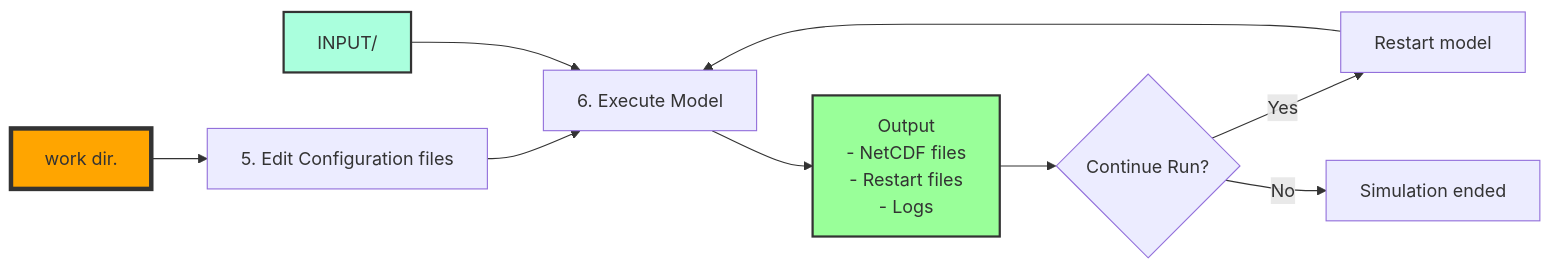
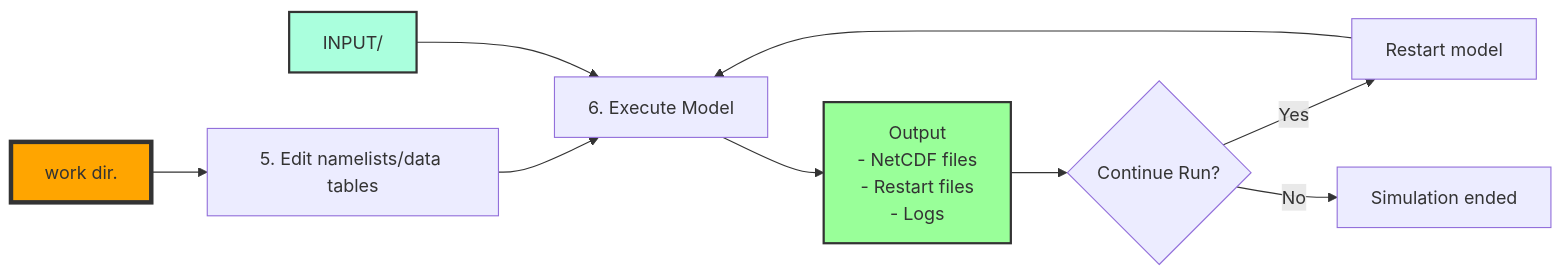
Before and after one commit to dksasaki/MOM6_COBALT_NEUS25: the second of 2 diagrams in README2.md, drawn with Mermaid.

Commit message:
minor changes

````diff
--- a/README2.md
+++ b/README2.md
@@ -39,20 +39,20 @@
 ```mermaid
 flowchart LR
     D0[work dir.] --> A
-    A[5. Edit Configuration files] --> D
+    A[5. Edit namelists/data tables] --> D
     
     B[INPUT/]
     
 
     B --> D[6. Execute Model]
     D --> E[Output<br/>- NetCDF files<br/>- Restart files<br/>- Logs]
     
     E --> F{Continue Run?}
     F -->|Yes| G[Restart model]
     G --> D
     F -->|No| H[Simulation ended]
     
     style D0 fill:#ffa500,stroke:#333,stroke-width:4px
     style B fill:#afd,stroke:#333,stroke-width:2px
     style E fill:#9f9,stroke:#333,stroke-width:2px
 ```
````
